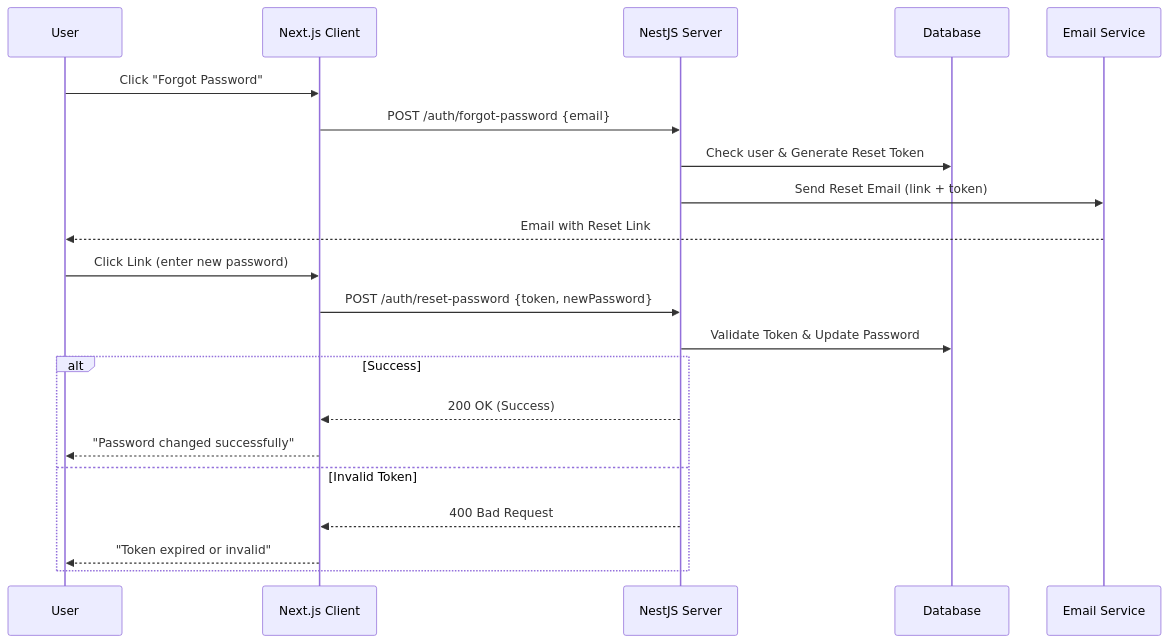
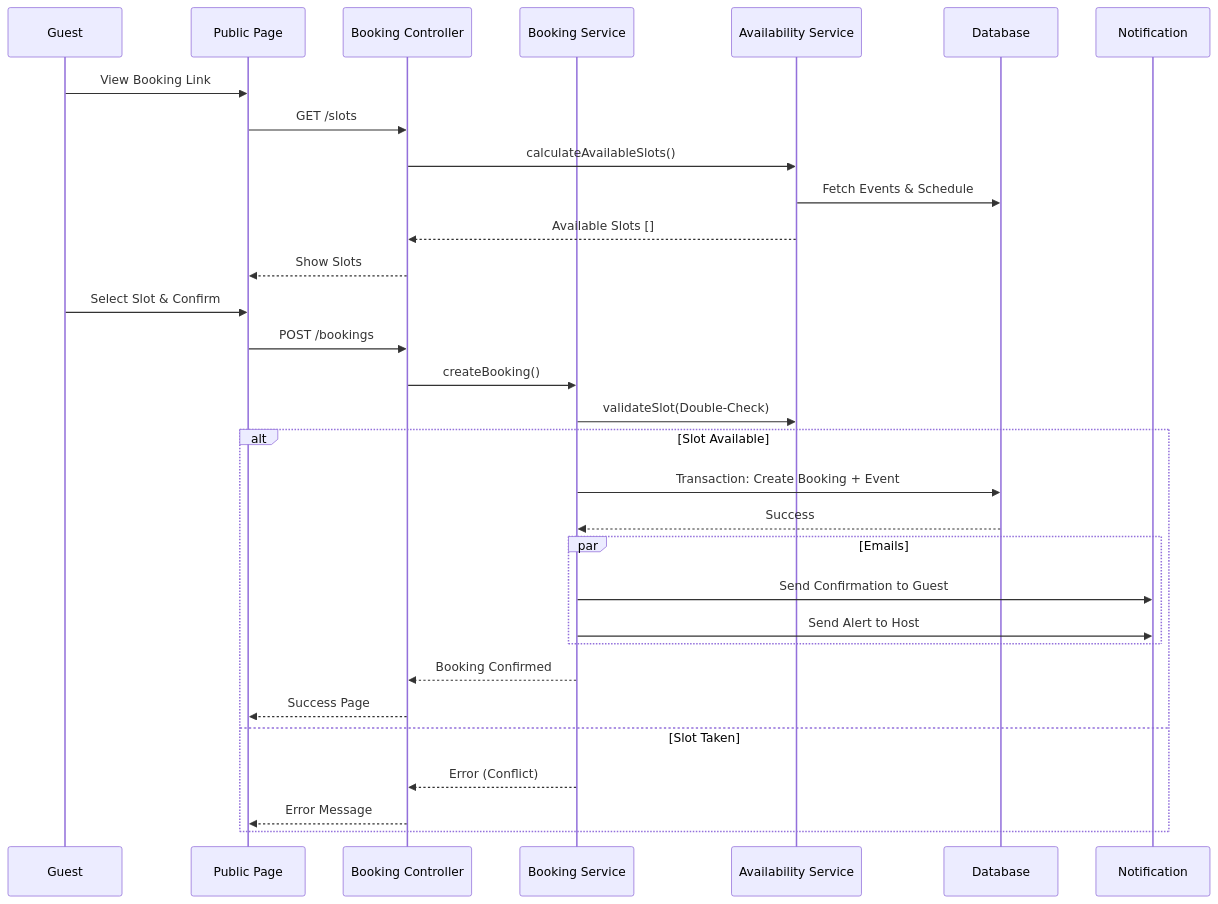
Diagram 13 of 19 in reports/SE347_Báo Cáo_Nhóm 2.docx.md (TDevUIT/Calento), drawn with Mermaid before and after one commit. The commit also changed other lines of this file, not shown here.

Commit message:
feat(report): update business process flows and sequence diagrams

````diff
--- a/reports/SE347_Báo Cáo_Nhóm 2.docx.md
+++ b/reports/SE347_Báo Cáo_Nhóm 2.docx.md
@@ -1762,26 +1591,39 @@
 ```mermaid
 sequenceDiagram
-    participant User
-    participant Client as Next.js Client
-    participant Server as NestJS Server
+    participant G as Guest
+    participant C as Public Page
+    participant S as Booking Controller
+    participant BS as Booking Service
+    participant AS as Availability Service
     participant DB as Database
-    participant Email as Email Service
+    participant N as Notification
+
+    G->>C: View Booking Link
+    C->>S: GET /slots
+    S->>AS: calculateAvailableSlots()
+    AS->>DB: Fetch Events & Schedule
+    AS-->>S: Available Slots []
+    S-->>C: Show Slots
     
-    User->>Client: Click "Forgot Password"
-    Client->>Server: POST /auth/forgot-password {email}
-    Server->>DB: Check user & Generate Reset Token
-    Server->>Email: Send Reset Email (link + token)
-    Email-->>User: Email with Reset Link
+    G->>C: Select Slot & Confirm
+    C->>S: POST /bookings
+    S->>BS: createBooking()
     
-    User->>Client: Click Link (enter new password)
-    Client->>Server: POST /auth/reset-password {token, newPassword}
-    Server->>DB: Validate Token & Update Password
+    BS->>AS: validateSlot(Double-Check)
     
-    alt Success
-        Server-->>Client: 200 OK (Success)
-        Client-->>User: "Password changed successfully"
-    else Invalid Token
-        Server-->>Client: 400 Bad Request
-        Client-->>User: "Token expired or invalid"
+    alt Slot Available
+        BS->>DB: Transaction: Create Booking + Event
+        DB-->>BS: Success
+        
+        par Emails
+            BS->>N: Send Confirmation to Guest
+            BS->>N: Send Alert to Host
+        end
+        
+        BS-->>S: Booking Confirmed
+        S-->>C: Success Page
+    else Slot Taken
+        BS-->>S: Error (Conflict)
+        S-->>C: Error Message
     end
 ```
````
